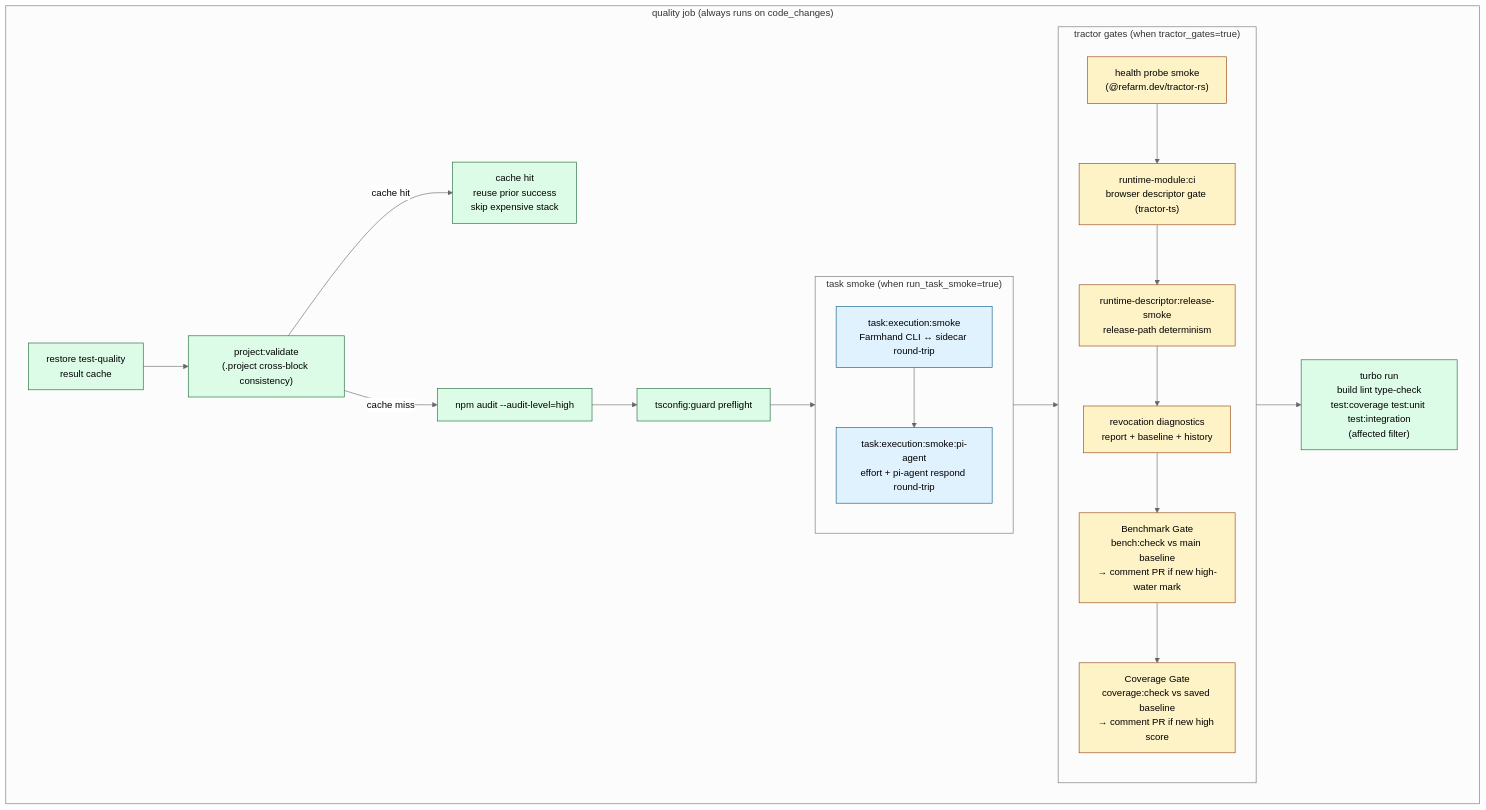
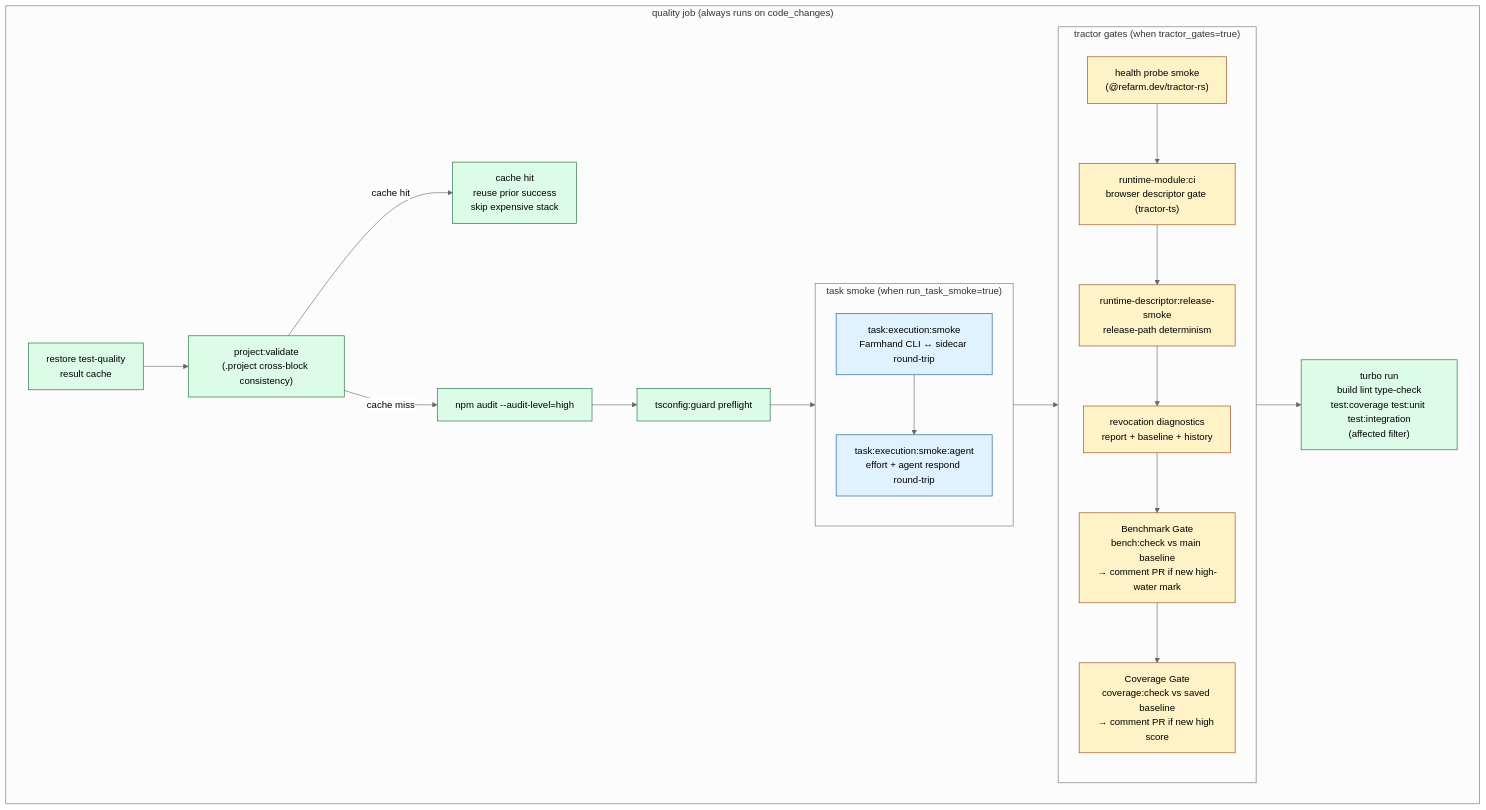
Before and after one commit to aretw0/refarm: the diagram in specs/diagrams/ci-pipeline--quality.mermaid, drawn with Mermaid (neutral theme). The commit also changed 202 other files, not shown here.

```diff
--- a/specs/diagrams/ci-pipeline--quality.mermaid
+++ b/specs/diagrams/ci-pipeline--quality.mermaid
@@ -1,38 +1,38 @@
 flowchart TD
   subgraph Quality["quality job  (always runs on code_changes)"]
     Cache["restore test-quality\nresult cache"]
     Q0["project:validate\n(.project cross-block consistency)"]
     Hit["cache hit\nreuse prior success\nskip expensive stack"]
     Q1["npm audit --audit-level=high"]
     Q2["tsconfig:guard preflight"]
 
     subgraph Smoke["task smoke  (when run_task_smoke=true)"]
       S1["task:execution:smoke\nFarmhand CLI ↔ sidecar round-trip"]
-      S2["task:execution:smoke:pi-agent\neffort + pi-agent respond round-trip"]
+      S2["task:execution:smoke:agent\neffort + agent respond round-trip"]
       S1 --> S2
     end
 
     subgraph TractorGates["tractor gates  (when tractor_gates=true)"]
       TG1["health probe smoke\n(@refarm.dev/tractor-rs)"]
       TG2["runtime-module:ci\nbrowser descriptor gate (tractor-ts)"]
       TG3["runtime-descriptor:release-smoke\nrelease-path determinism"]
       TG4["revocation diagnostics\nreport + baseline + history"]
       TG5["Benchmark Gate\nbench:check vs main baseline\n→ comment PR if new high-water mark"]
       TG6["Coverage Gate\ncoverage:check vs saved baseline\n→ comment PR if new high score"]
       TG1 --> TG2 --> TG3 --> TG4 --> TG5 --> TG6
     end
 
     Turbo["turbo run\nbuild lint type-check\ntest:coverage test:unit test:integration\n(affected filter)"]
 
     Cache --> Q0
     Q0 -->|cache hit| Hit
     Q0 -->|cache miss| Q1 --> Q2 --> Smoke --> TractorGates --> Turbo
   end
 
   classDef quality fill:#dcfce7,stroke:#166534,stroke-width:1px;
   classDef tractor fill:#fef3c7,stroke:#92400e,stroke-width:1px;
   classDef smoke   fill:#e0f2fe,stroke:#075985,stroke-width:1px;
 
   class Cache,Q0,Hit,Q1,Q2,Turbo quality;
   class TG1,TG2,TG3,TG4,TG5,TG6 tractor;
   class S1,S2 smoke;
```
